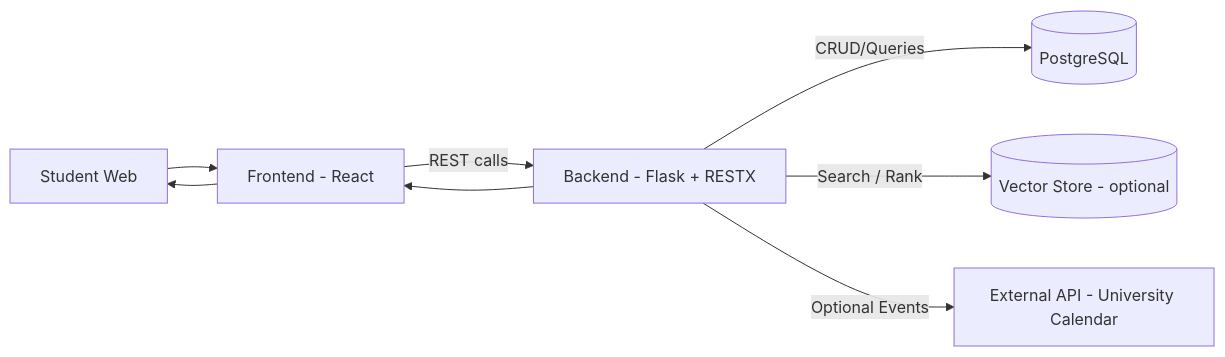
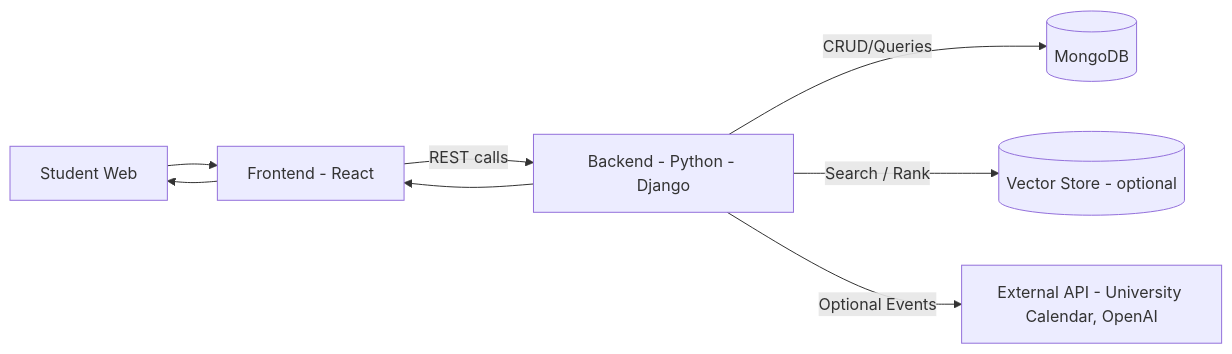
One commit to M0simi/portfolio changed the first of 3 diagrams in Stage3.md. Above: the diagram before and after it, drawn with Mermaid. The commit also changed other lines of this file, not shown here.

````diff
--- a/Stage3.md
+++ b/Stage3.md
@@ -50,10 +50,10 @@
 ```mermaid
 flowchart LR
     student[Student Web] --> frontend[Frontend - React]
-    frontend -->|REST calls| backend[Backend - Flask + RESTX]
-    backend -->|CRUD/Queries| db[(PostgreSQL)]
+    frontend -->|REST calls| backend[Backend - Python - Django]
+    backend -->|CRUD/Queries| db[(MongoDB)]
     backend -->|Search / Rank| vector[(Vector Store - optional)]
-    backend -->|Optional Events| external[External API - University Calendar]
+    backend -->|Optional Events| external[External API - University Calendar, OpenAI]
     backend --> frontend
     frontend --> student
 ```
````
